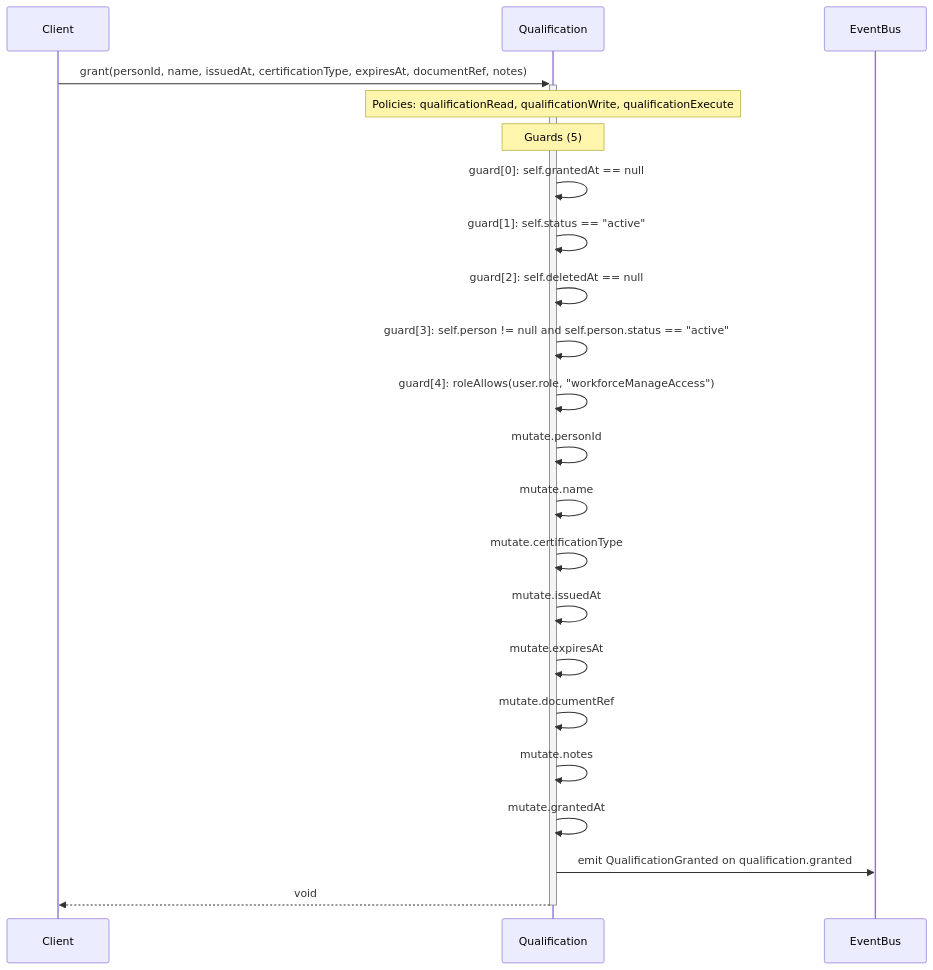
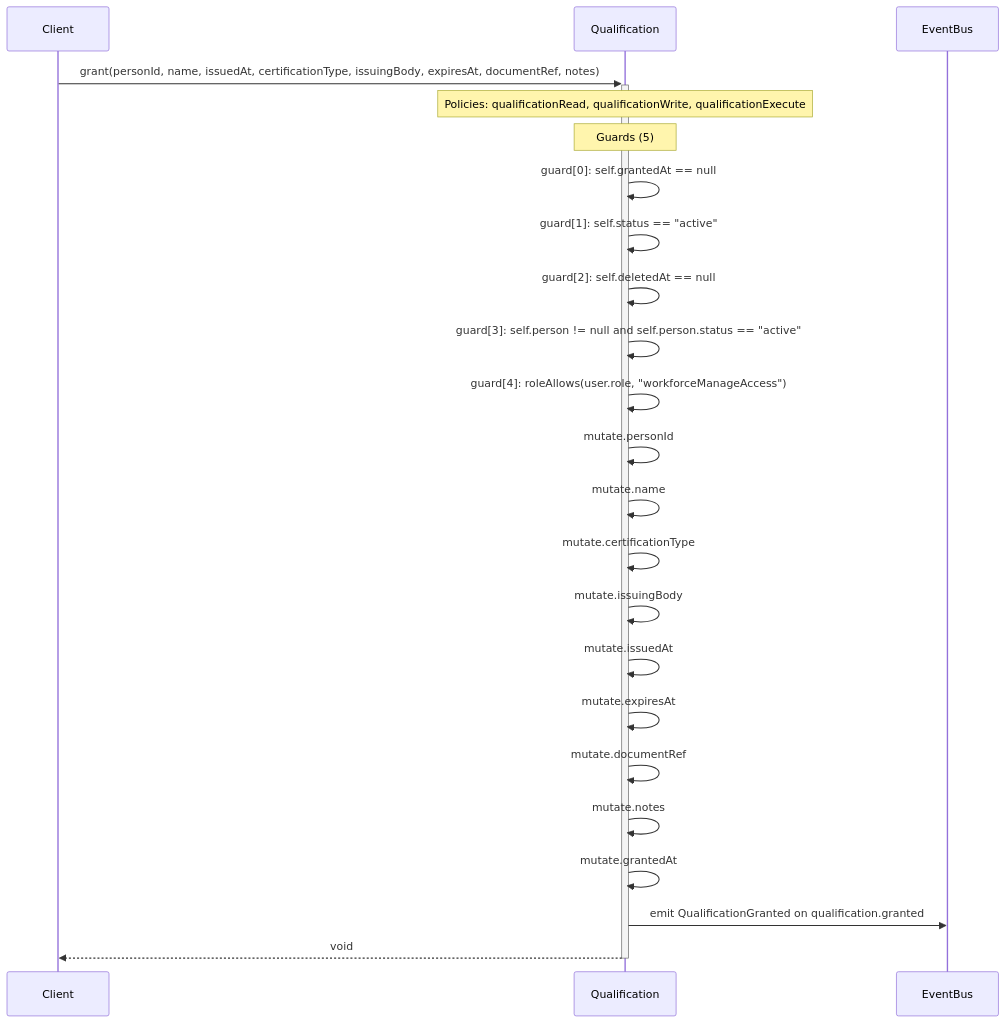
One commit to Angriff36/capsule changed the diagram in diagrams/sequence-Qualification-grant.mmd. Above: the diagram before and after it, drawn with Mermaid. The commit also changed 690 other files, not shown here.

```diff
--- a/diagrams/sequence-Qualification-grant.mmd
+++ b/diagrams/sequence-Qualification-grant.mmd
@@ -1,22 +1,23 @@
 sequenceDiagram
     participant Client
     participant Qualification as Qualification
     participant EventBus
-    Client->>+Qualification: grant(personId, name, issuedAt, certificationType, expiresAt, documentRef, notes)
+    Client->>+Qualification: grant(personId, name, issuedAt, certificationType, issuingBody, expiresAt, documentRef, notes)
     Note over Qualification: Policies: qualificationRead, qualificationWrite, qualificationExecute
     Note over Qualification: Guards (5)
     Qualification->>Qualification: guard[0]: self.grantedAt == null
     Qualification->>Qualification: guard[1]: self.status == #quot;active#quot;
     Qualification->>Qualification: guard[2]: self.deletedAt == null
     Qualification->>Qualification: guard[3]: self.person != null and self.person.status == #quot;active#quot;
     Qualification->>Qualification: guard[4]: roleAllows(user.role, #quot;workforceManageAccess#quot;)
     Qualification->>Qualification: mutate.personId
     Qualification->>Qualification: mutate.name
     Qualification->>Qualification: mutate.certificationType
+    Qualification->>Qualification: mutate.issuingBody
     Qualification->>Qualification: mutate.issuedAt
     Qualification->>Qualification: mutate.expiresAt
     Qualification->>Qualification: mutate.documentRef
     Qualification->>Qualification: mutate.notes
     Qualification->>Qualification: mutate.grantedAt
     Qualification->>EventBus: emit QualificationGranted on qualification.granted
     Qualification-->>-Client: void
```
